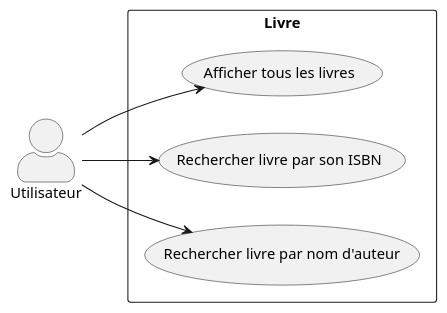
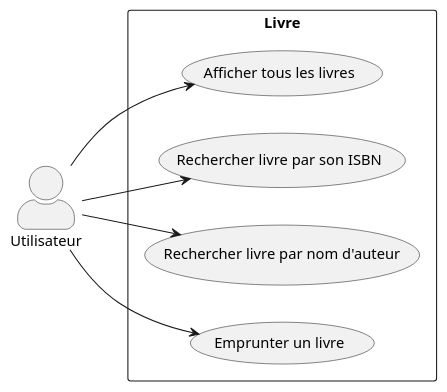
The diagram in documentation/diagrammeUseCase.puml (thogio8/php-db-biblio), drawn with PlantUML before and after one commit. The commit also changed 15 other files, not shown here.

```diff
--- a/documentation/diagrammeUseCase.puml
+++ b/documentation/diagrammeUseCase.puml
@@ -1,15 +1,17 @@
 @startuml
 skinparam actorStyle awesome
 left to right direction
 actor "Utilisateur" as U
 rectangle Livre{
    usecase "Afficher tous les livres" as UC1
    usecase "Rechercher livre par son ISBN" as UC2
    usecase "Rechercher livre par nom d'auteur" as UC3
+   usecase "Emprunter un livre" as UC4
    }
 
 U --> UC1
 U --> UC2
 U --> UC3
+U --> UC4
 
 @enduml
```
